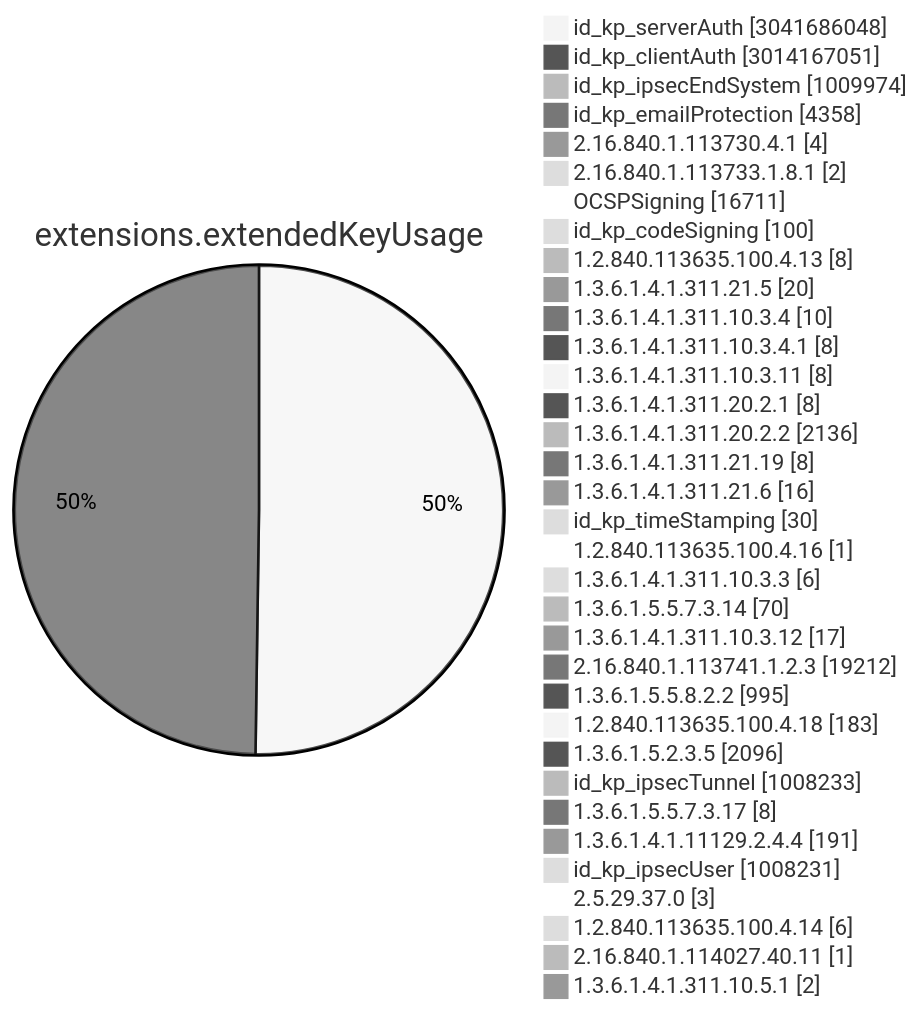
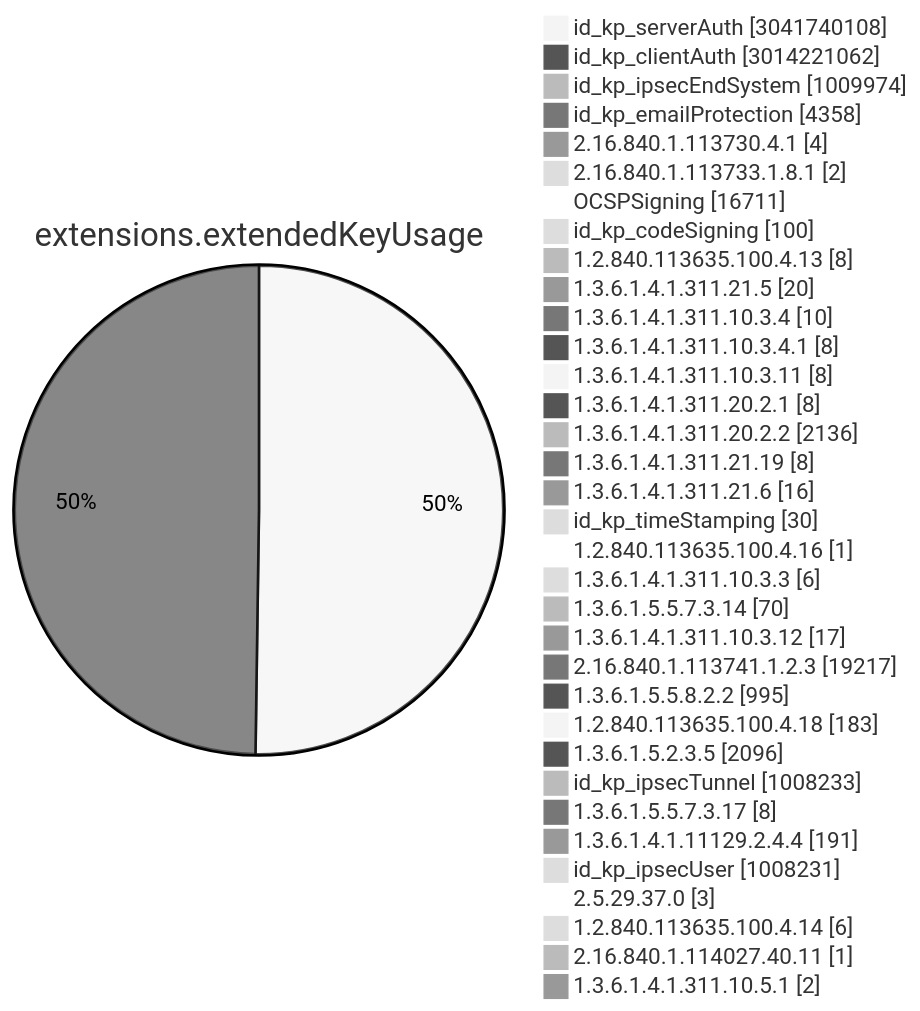
One commit to christiankrug/ctmonitor_visualization changed diagram 11 of 15 in TOTAL/README.md. Above: the diagram before and after it, drawn with Mermaid (neutral theme). The commit also changed other lines of this file, not shown here.

````diff
--- a/TOTAL/README.md
+++ b/TOTAL/README.md
@@ -4113,38 +4113,38 @@
 ```mermaid
 pie showData
 title extensions.extendedKeyUsage
-"id_kp_serverAuth" :3041686048
-"id_kp_clientAuth" :3014167051
+"id_kp_serverAuth" :3041740108
+"id_kp_clientAuth" :3014221062
 "id_kp_ipsecEndSystem" :1009974
 "id_kp_emailProtection" :4358
 "2.16.840.1.113730.4.1" :4
 "2.16.840.1.113733.1.8.1" :2
 "OCSPSigning" :16711
 "id_kp_codeSigning" :100
 "1.2.840.113635.100.4.13" :8
 "1.3.6.1.4.1.311.21.5" :20
 "1.3.6.1.4.1.311.10.3.4" :10
 "1.3.6.1.4.1.311.10.3.4.1" :8
 "1.3.6.1.4.1.311.10.3.11" :8
 "1.3.6.1.4.1.311.20.2.1" :8
 "1.3.6.1.4.1.311.20.2.2" :2136
 "1.3.6.1.4.1.311.21.19" :8
 "1.3.6.1.4.1.311.21.6" :16
 "id_kp_timeStamping" :30
 "1.2.840.113635.100.4.16" :1
 "1.3.6.1.4.1.311.10.3.3" :6
 "1.3.6.1.5.5.7.3.14" :70
 "1.3.6.1.4.1.311.10.3.12" :17
-"2.16.840.1.113741.1.2.3" :19212
+"2.16.840.1.113741.1.2.3" :19217
 "1.3.6.1.5.5.8.2.2" :995
 "1.2.840.113635.100.4.18" :183
 "1.3.6.1.5.2.3.5" :2096
 "id_kp_ipsecTunnel" :1008233
 "1.3.6.1.5.5.7.3.17" :8
 "1.3.6.1.4.1.11129.2.4.4" :191
 "id_kp_ipsecUser" :1008231
 "2.5.29.37.0" :3
 "1.2.840.113635.100.4.14" :6
 "2.16.840.1.114027.40.11" :1
 "1.3.6.1.4.1.311.10.5.1" :2
 ```
````
